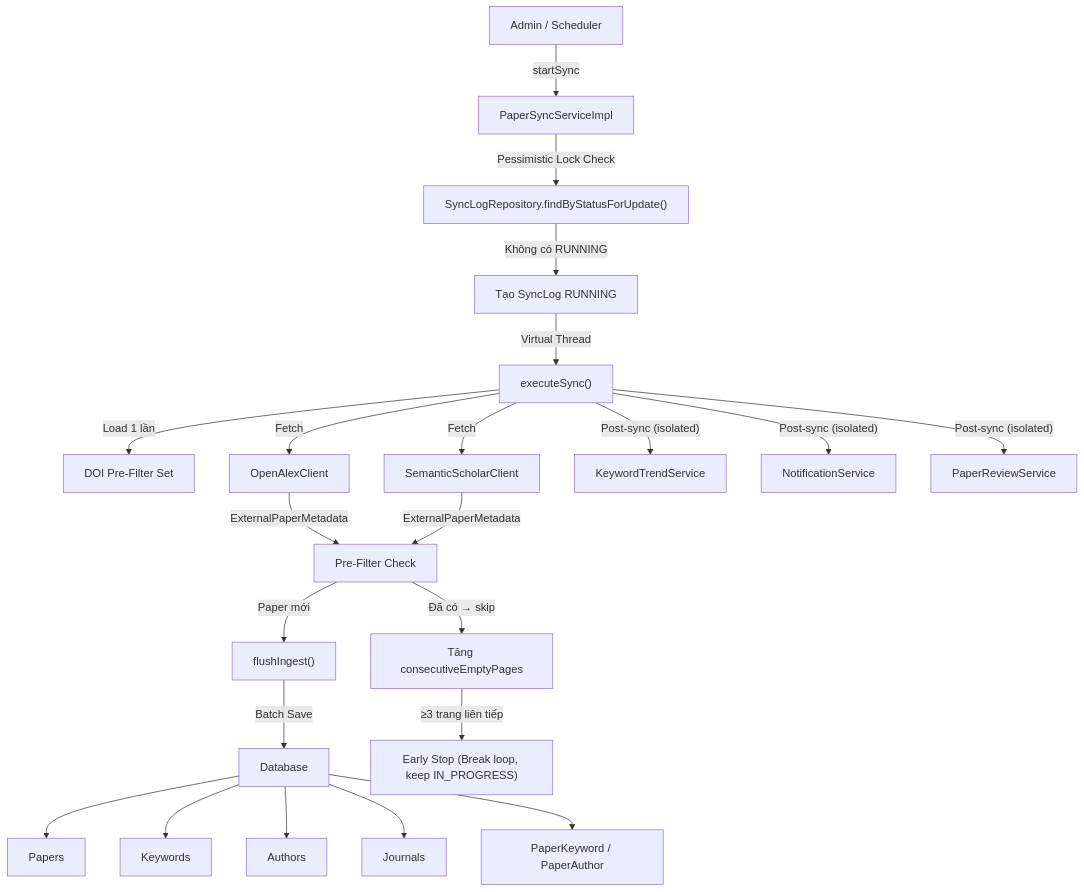
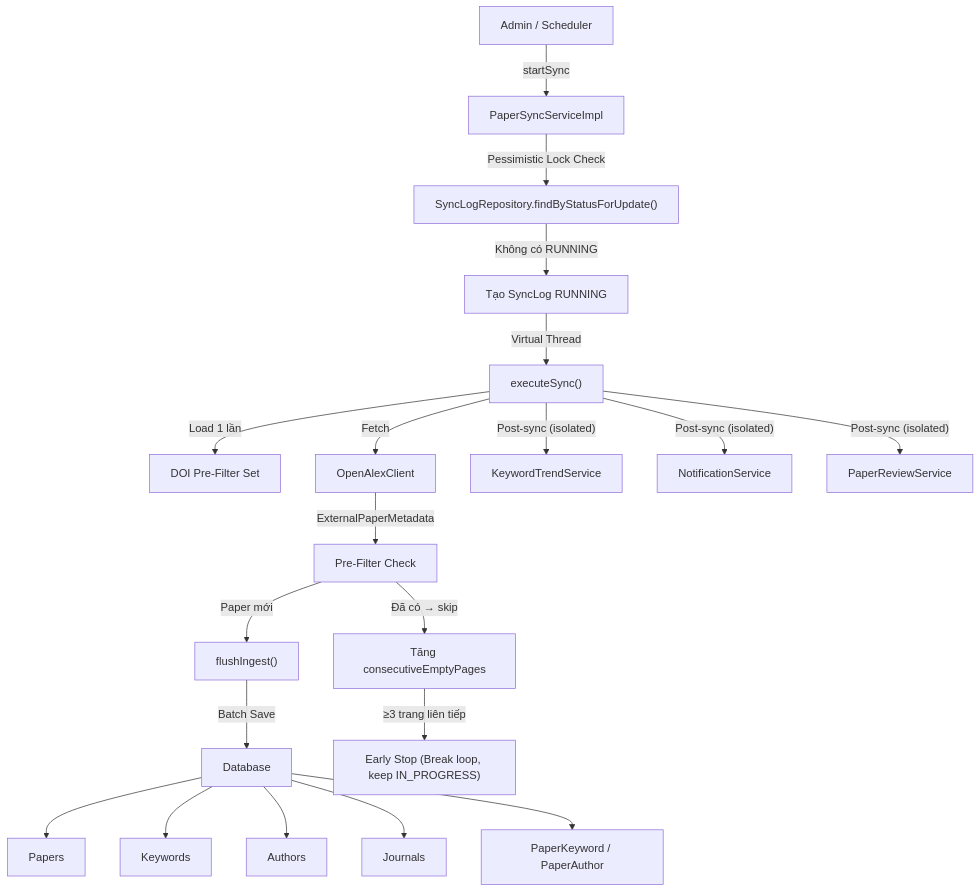
Before and after one commit to code-createsjoy/journal-trend-be: the first of 3 diagrams in analysis_results.md, drawn with Mermaid. The commit also changed other lines of this file and 20 other files, not shown here.

````diff
--- a/analysis_results.md
+++ b/analysis_results.md
@@ -7,24 +7,22 @@
 ```mermaid
 graph TD
     A["Admin / Scheduler"] -->|startSync| B["PaperSyncServiceImpl"]
     B -->|"Pessimistic Lock Check"| B1["SyncLogRepository.findByStatusForUpdate()"]
     B1 -->|"Không có RUNNING"| B2["Tạo SyncLog RUNNING"]
     B2 -->|Virtual Thread| C["executeSync()"]
     C -->|"Load 1 lần"| PRE["DOI Pre-Filter Set"]
     C -->|Fetch| D["OpenAlexClient"]
-    C -->|Fetch| E["SemanticScholarClient"]
     D -->|ExternalPaperMetadata| FILTER["Pre-Filter Check"]
-    E -->|ExternalPaperMetadata| FILTER
     FILTER -->|"Paper mới"| F["flushIngest()"]
     FILTER -->|"Đã có → skip"| SKIP["Tăng consecutiveEmptyPages"]
     F -->|Batch Save| G["Database"]
     G --> H["Papers"]
     G --> I["Keywords"]
     G --> J["Authors"]
     G --> K["Journals"]
     G --> L["PaperKeyword / PaperAuthor"]
     C -->|"Post-sync (isolated)"| M["KeywordTrendService"]
     C -->|"Post-sync (isolated)"| N["NotificationService"]
     C -->|"Post-sync (isolated)"| O["PaperReviewService"]
     SKIP -->|"≥3 trang liên tiếp"| ES["Early Stop (Break loop, keep IN_PROGRESS)"]
 ```
````
